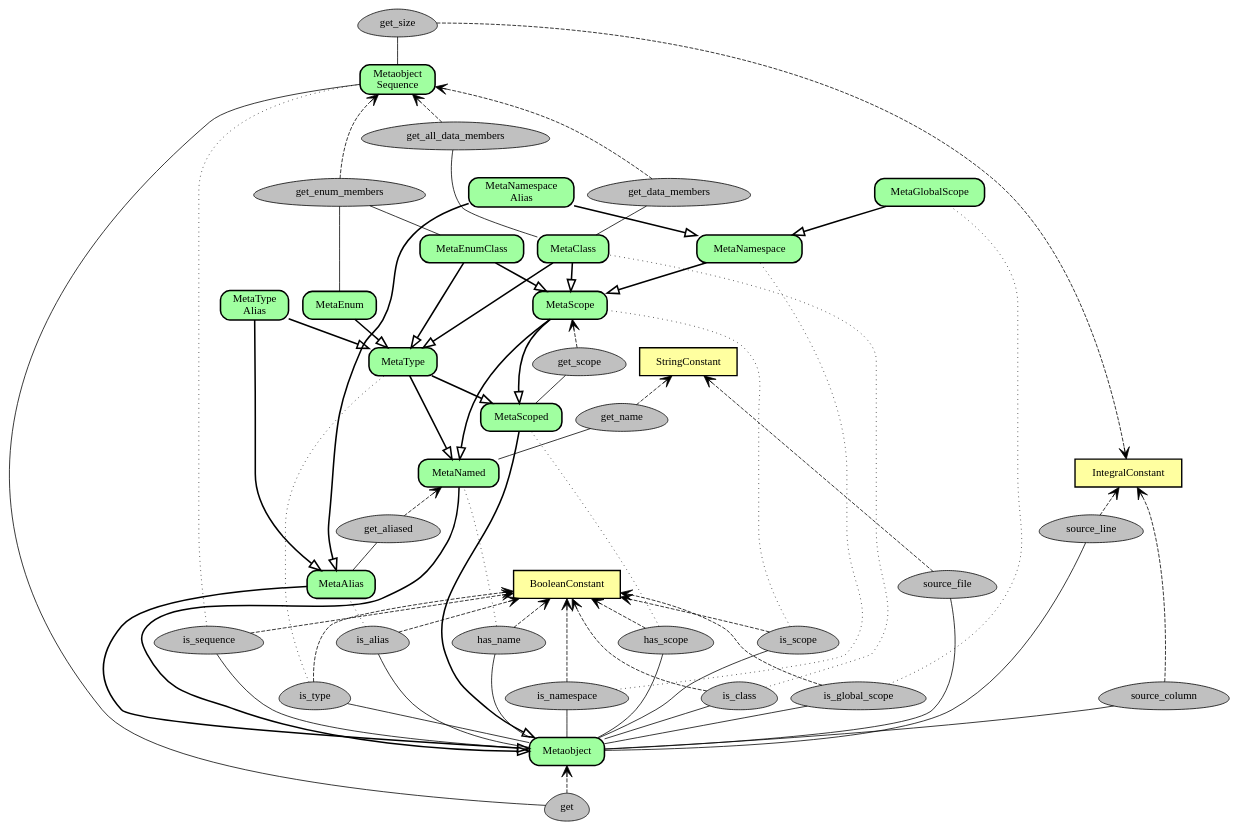
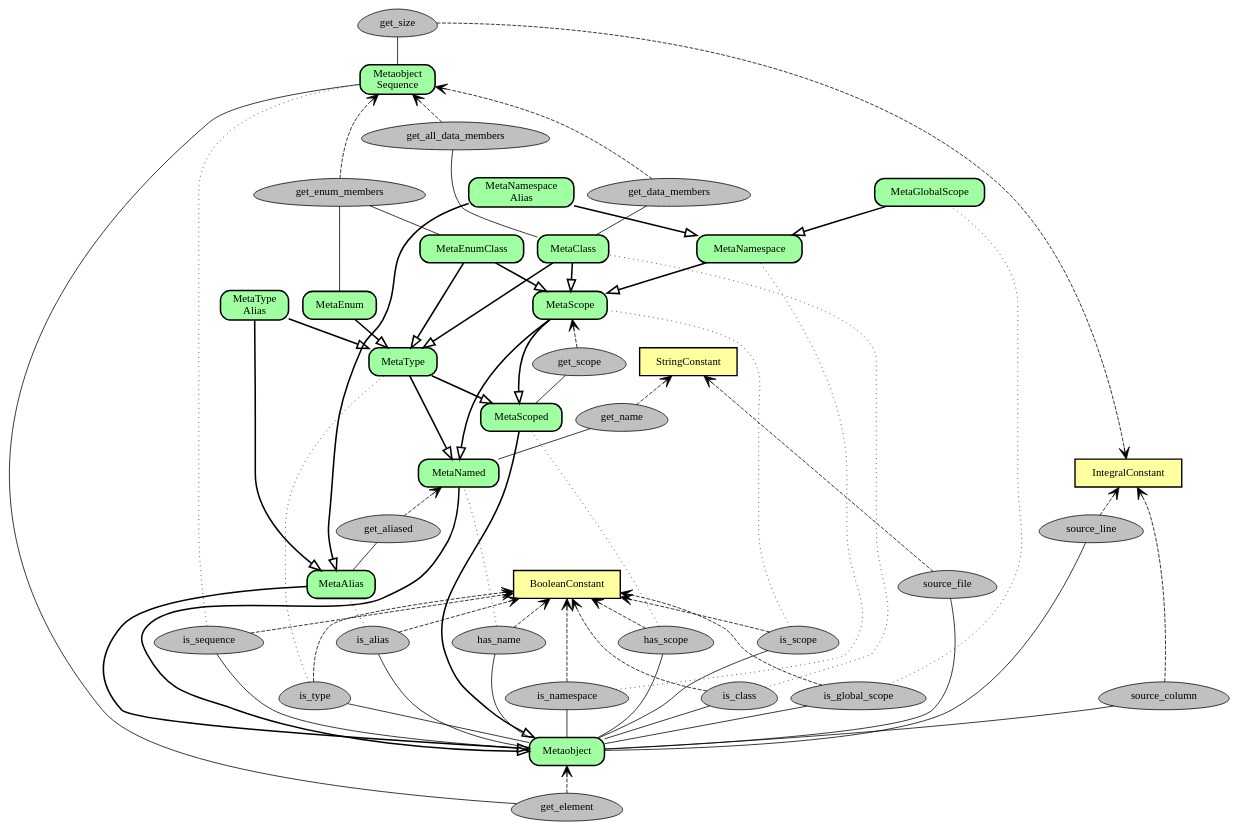
The diagram in doc/graphviz/reference.dot (matus-chochlik/std_cpp_refl), drawn with Graphviz before and after one commit. The commit also changed 2 other files, not shown here.

Commit message:
Updated the quickbook reference + the dot diagram

```diff
--- a/doc/graphviz/reference.dot
+++ b/doc/graphviz/reference.dot
@@ -1,163 +1,163 @@
 digraph metaobjects {
 	overlap=false
 	rankdir=BT
 	ranksep=0.5
 	maxiter=100000
 
 	subgraph {
 		node [penwidth=1.8,style="filled",shape="box",fillcolor="#ffffa0"]
 		StringConstant
 		IntegralConstant
 		BooleanConstant
 	}
 
 	node [penwidth=2,style="rounded,filled",shape="box",fillcolor="#a0ffa0"]
 	Metaobject 
 	MetaNamed
 	MetaScoped
 	MetaScope
 	MetaAlias
 	MetaNamespace
 	MetaNamespaceAlias [label="MetaNamespace\nAlias"]
 	MetaGlobalScope
 	MetaType
 	MetaTypeAlias [label="MetaType\nAlias"]
 	MetaClass
 	MetaEnum
 	MetaEnumClass
 
 	MetaobjectSequence [label="Metaobject\nSequence"]
 
 	node [penwidth=1,style="filled",shape="egg",fillcolor="#c0c0c0"]
 
 	is_sequence
 
 	subgraph {
 		rank=same
 		is_namespace
 		is_global_scope
 		is_type
 		is_class
 	}
 	subgraph {
 		rank=same
 		has_name
 		has_scope
 		is_scope
 		is_alias
 	}
 	subgraph {
 		source_file
 		source_line
 		source_column
 		source_file -> source_line [style="invisible",dir="none"]
 	}
 
 	is_namespace -> has_name [style="invisible",dir="none"]
 	has_name -> source_file [style="invisible",dir="none"]
 
 	get_name
 	get_scope
 	get_aliased
 	get_data_members
 	get_all_data_members
 	get_enum_members
 	get_size
-	get
+	get_element
 
 	edge [penwidth=2,dir="both",arrowsize=1.5,arrowtail="onormal",arrowhead="none"]
 
 	Metaobject -> MetaNamed
 	Metaobject -> MetaScoped
 	Metaobject -> MetaAlias
 
 	MetaNamed -> MetaScope
 	MetaScoped -> MetaScope
 
 	MetaScope -> MetaNamespace
 	MetaNamespace -> MetaNamespaceAlias
 	MetaAlias -> MetaNamespaceAlias
 	MetaNamespace -> MetaGlobalScope
 
 	MetaNamed -> MetaType
 	MetaScoped -> MetaType
 	MetaType -> MetaTypeAlias
 	MetaAlias -> MetaTypeAlias
 
 	MetaType -> MetaScope [style="invisible",dir="none"]
 	MetaNamed -> MetaScoped [style="invisible",dir="none"]
 
 	MetaType -> MetaClass
 	MetaScope -> MetaClass
 
 	MetaType -> MetaEnum
 
 	MetaType -> MetaEnumClass
 	MetaScope -> MetaEnumClass
 
 	edge [penwidth=1,arrowhead="none",arrowtail="none",style="solid"]
 	Metaobject -> is_sequence
 	Metaobject -> is_namespace
 	Metaobject -> is_global_scope
 	Metaobject -> is_type
 	Metaobject -> is_class
 	Metaobject -> has_name
 	Metaobject -> has_scope
 	Metaobject -> is_scope
 	Metaobject -> is_alias
 
 	Metaobject -> source_file
 	Metaobject -> source_line
 	Metaobject -> source_column
 
-	MetaobjectSequence -> get [constraint=false]
+	MetaobjectSequence -> get_element [constraint=false]
 	MetaobjectSequence -> get_size
 	MetaNamed -> get_name
 	MetaScoped -> get_scope
 	MetaAlias -> get_aliased
 
 	MetaClass -> get_data_members
 	MetaClass -> get_all_data_members
 	get_data_members -> get_all_data_members [style="invisible",dir="none"]
 
 	MetaEnum -> get_enum_members
 	MetaEnumClass -> get_enum_members
 
 	get_name -> get_scope [style="invisible",dir="none"]
 
 	edge [penwidth=1,arrowhead="vee",style="dashed"]
 	is_sequence -> BooleanConstant
 	is_namespace -> BooleanConstant
 	is_global_scope -> BooleanConstant
 	is_type -> BooleanConstant
 	is_class -> BooleanConstant
 	has_name -> BooleanConstant
 	has_scope -> BooleanConstant
 	is_scope -> BooleanConstant
 	is_alias -> BooleanConstant
 
 	source_file -> StringConstant
 	source_line -> IntegralConstant
 	source_column -> IntegralConstant
 
-	get -> Metaobject
+	get_element -> Metaobject
 	get_size -> IntegralConstant [constraint=false]
 	get_name -> StringConstant
 	get_scope -> MetaScope
 	get_data_members -> MetaobjectSequence
 	get_all_data_members -> MetaobjectSequence
 	get_enum_members -> MetaobjectSequence
 	get_aliased -> MetaNamed
 
 	edge [penwidth=1,arrowhead="none",style="dotted"]
 	is_sequence -> MetaobjectSequence
 	is_namespace -> MetaNamespace
 	is_global_scope -> MetaGlobalScope
 	is_type -> MetaType
 	is_class -> MetaClass
 	has_name -> MetaNamed
 	has_scope -> MetaScoped
 	is_scope -> MetaScope
 	is_alias -> MetaAlias
 
 }
```
